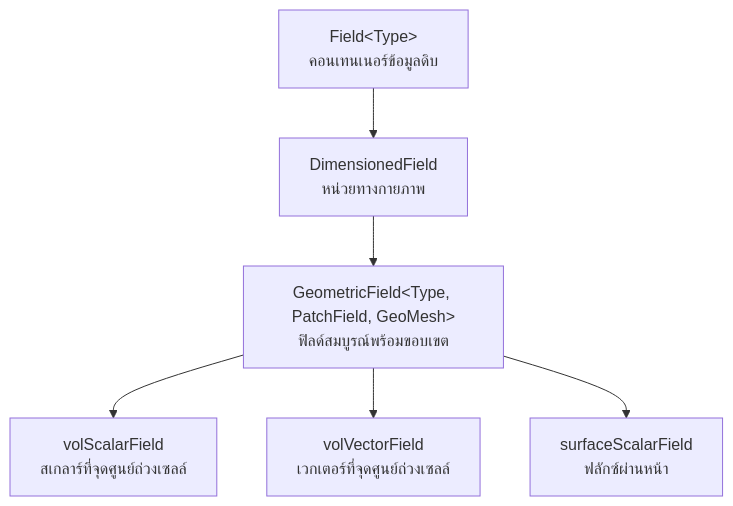
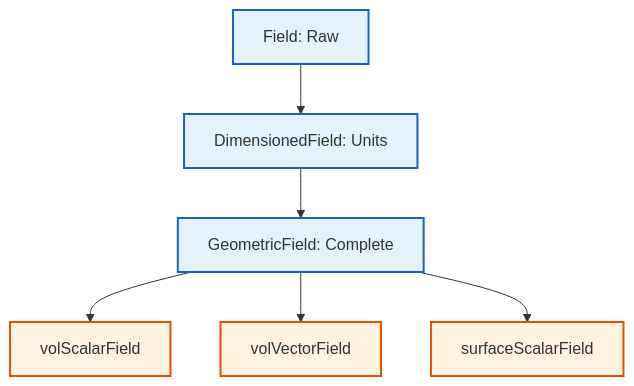
Before and after one commit to wramet/build-my-cfd: the diagram in MODULE_05_OPENFOAM_PROGRAMMING/CONTENT/07_TIME_DATABASES/00_Overview.md, drawn with Mermaid. The commit also changed 313 other files, not shown here.

Commit message:
Revise all diagram

````diff
--- a/MODULE_05_OPENFOAM_PROGRAMMING/CONTENT/07_TIME_DATABASES/00_Overview.md
+++ b/MODULE_05_OPENFOAM_PROGRAMMING/CONTENT/07_TIME_DATABASES/00_Overview.md
@@ -5,8 +5,12 @@
 ```mermaid
 flowchart TD
-    A[Field&lt;Type&gt;<br>คอนเทนเนอร์ข้อมูลดิบ] --> B[DimensionedField<br>หน่วยทางกายภาพ]
-    B --> C[GeometricField&lt;Type, PatchField, GeoMesh&gt;<br>ฟิลด์สมบูรณ์พร้อมขอบเขต]
-    C --> D[volScalarField<br>สเกลาร์ที่จุดศูนย์ถ่วงเซลล์]
-    C --> E[volVectorField<br>เวกเตอร์ที่จุดศูนย์ถ่วงเซลล์]
-    C --> F[surfaceScalarField<br>ฟลักซ์ผ่านหน้า]
+%% Classes
+classDef explicit fill:#fff3e0,stroke:#e65100,stroke-width:2px;
+classDef implicit fill:#e3f2fd,stroke:#1565c0,stroke-width:2px;
+%% Nodes
+A[Field: Raw]:::implicit --> B[DimensionedField: Units]:::implicit
+B --> C[GeometricField: Complete]:::implicit
+C --> D[volScalarField]:::explicit
+C --> E[volVectorField]:::explicit
+C --> F[surfaceScalarField]:::explicit
 ```
````
